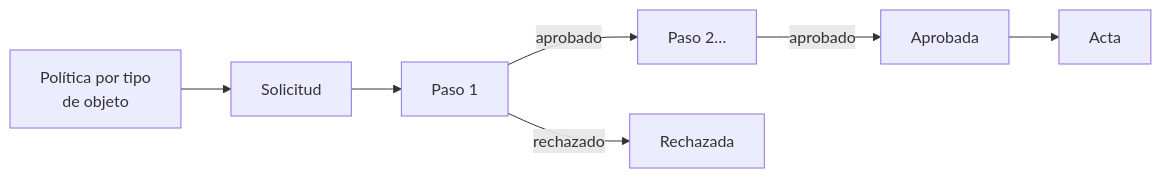
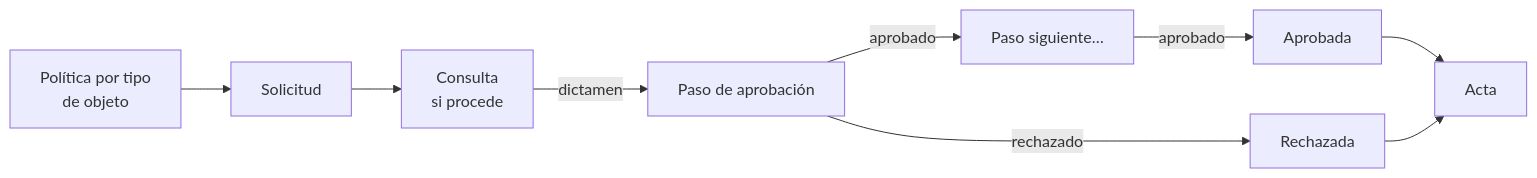
One commit to albarracingarciap/fluxion-saas changed the diagram in docs/negocio/flujos-de-aprobacion.md. Above: the diagram before and after it, drawn with Mermaid. The commit also changed other lines of this file and 29 other files, not shown here.

````diff
--- a/docs/negocio/flujos-de-aprobacion.md
+++ b/docs/negocio/flujos-de-aprobacion.md
@@ -62,9 +77,11 @@
 ```mermaid
 flowchart LR
   A[Política por tipo<br/>de objeto] --> B[Solicitud]
-  B --> C[Paso 1]
-  C -->|aprobado| D[Paso 2…]
+  B --> Q[Consulta<br/>si procede]
+  Q -->|dictamen| C[Paso de aprobación]
+  C -->|aprobado| D[Paso siguiente…]
   C -->|rechazado| R[Rechazada]
   D -->|aprobado| E[Aprobada]
   E --> F[Acta]
+  R --> F
 ```
````
